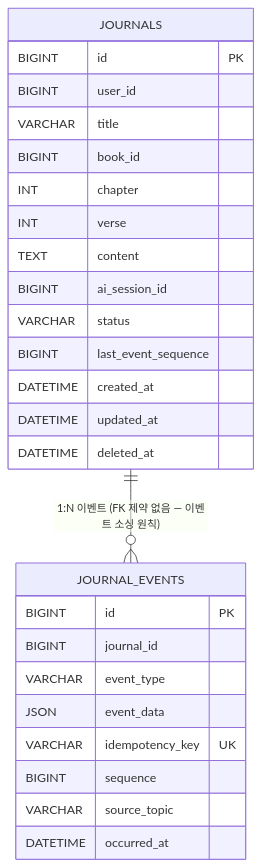
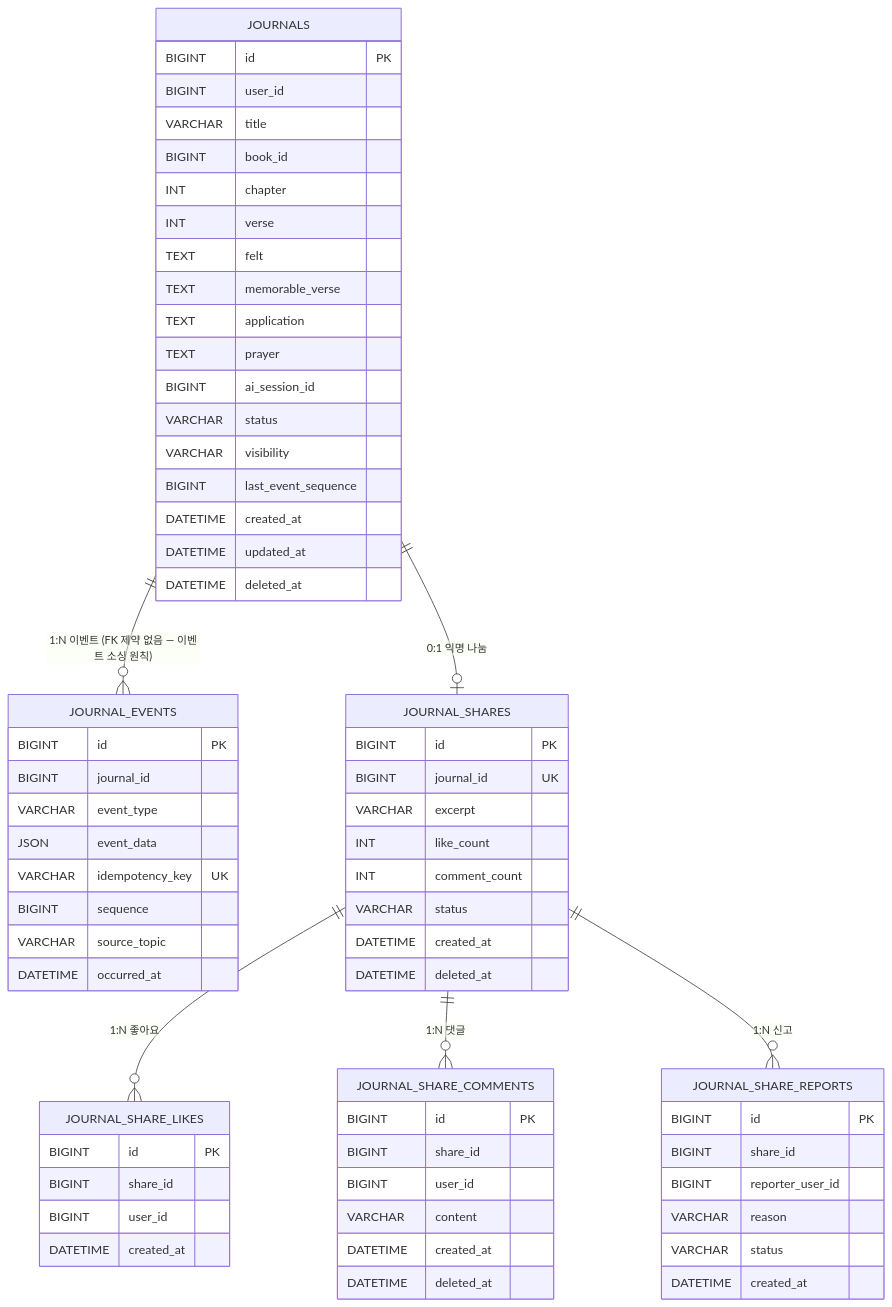
One commit to Tae0072/2nd-Team-Project changed the fourth of 7 diagrams in 02_ERD_문서.md. Above: the diagram before and after it, drawn with Mermaid. The commit also changed other lines of this file and 9 other files, not shown here.

````diff
--- a/02_ERD_문서.md
+++ b/02_ERD_문서.md
@@ -453,30 +458,70 @@
 ```mermaid
 erDiagram
     JOURNALS ||--o{ JOURNAL_EVENTS : "1:N 이벤트 (FK 제약 없음 — 이벤트 소싱 원칙)"
+    JOURNALS ||--o| JOURNAL_SHARES : "0:1 익명 나눔"
+    JOURNAL_SHARES ||--o{ JOURNAL_SHARE_LIKES : "1:N 좋아요"
+    JOURNAL_SHARES ||--o{ JOURNAL_SHARE_COMMENTS : "1:N 댓글"
+    JOURNAL_SHARES ||--o{ JOURNAL_SHARE_REPORTS : "1:N 신고"
 
     JOURNALS {
         BIGINT id PK
         BIGINT user_id
         VARCHAR title
         BIGINT book_id
         INT chapter
         INT verse
-        TEXT content
+        TEXT felt
+        TEXT memorable_verse
+        TEXT application
+        TEXT prayer
         BIGINT ai_session_id
         VARCHAR status
+        VARCHAR visibility
         BIGINT last_event_sequence
         DATETIME created_at
         DATETIME updated_at
         DATETIME deleted_at
     }
     JOURNAL_EVENTS {
         BIGINT id PK
         BIGINT journal_id
         VARCHAR event_type
         JSON event_data
         VARCHAR idempotency_key UK
         BIGINT sequence
         VARCHAR source_topic
         DATETIME occurred_at
     }
+    JOURNAL_SHARES {
+        BIGINT id PK
+        BIGINT journal_id UK
+        VARCHAR excerpt
+        INT like_count
+        INT comment_count
+        VARCHAR status
+        DATETIME created_at
+        DATETIME deleted_at
+    }
+    JOURNAL_SHARE_LIKES {
+        BIGINT id PK
+        BIGINT share_id
+        BIGINT user_id
+        DATETIME created_at
+    }
+    JOURNAL_SHARE_COMMENTS {
+        BIGINT id PK
+        BIGINT share_id
+        BIGINT user_id
+        VARCHAR content
+        DATETIME created_at
+        DATETIME deleted_at
+    }
+    JOURNAL_SHARE_REPORTS {
+        BIGINT id PK
+        BIGINT share_id
+        BIGINT reporter_user_id
+        VARCHAR reason
+        VARCHAR status
+        DATETIME created_at
+    }
 ```
````
